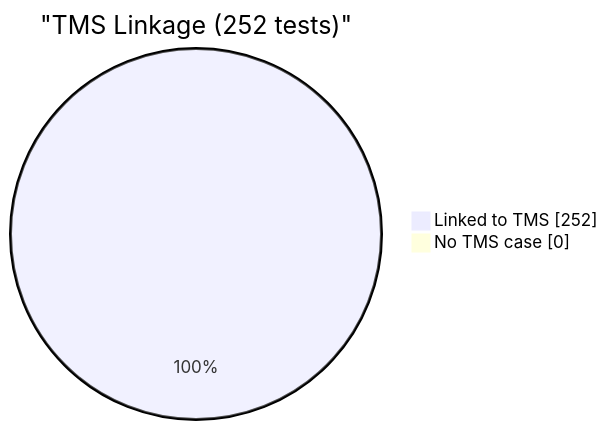
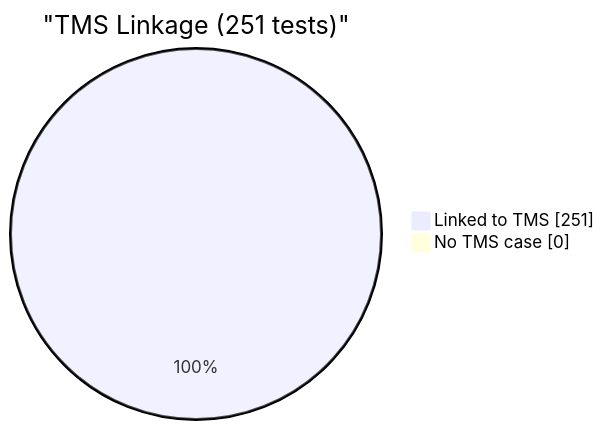
One commit to EliteaAI/onetest-ai-tm-Elitea changed the fourth of 6 diagrams in reports/dashboard.md. Above: the diagram before and after it, drawn with Mermaid. The commit also changed other lines of this file and 1 other file, not shown here.

````diff
--- a/reports/dashboard.md
+++ b/reports/dashboard.md
@@ -76,6 +76,6 @@
 ```mermaid
 pie showData
-    title "TMS Linkage (252 tests)"
-    "Linked to TMS" : 252
+    title "TMS Linkage (251 tests)"
+    "Linked to TMS" : 251
     "No TMS case" : 0
 ```
````
